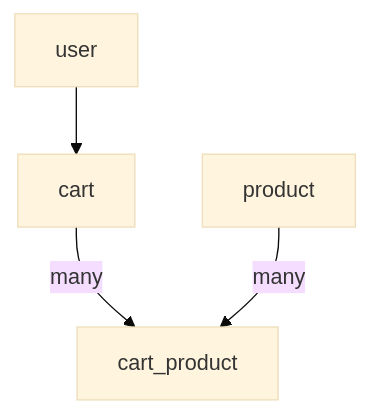
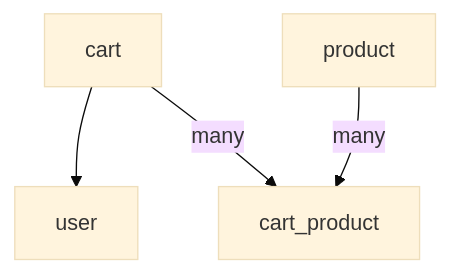
One commit to woowacourse/jwp-shopping-cart changed the second of 2 diagrams in README.md. Above: the diagram before and after it, drawn with Mermaid (base theme). The commit also changed other lines of this file, not shown here.

Commit message:
docs: 구조 변경

````diff
--- a/README.md
+++ b/README.md
@@ -44,7 +44,7 @@
 ```mermaid
 graph TD
 
-user --> cart
+cart --> user
 cart --many--> cart_product
 product --many--> cart_product
 ```
````
